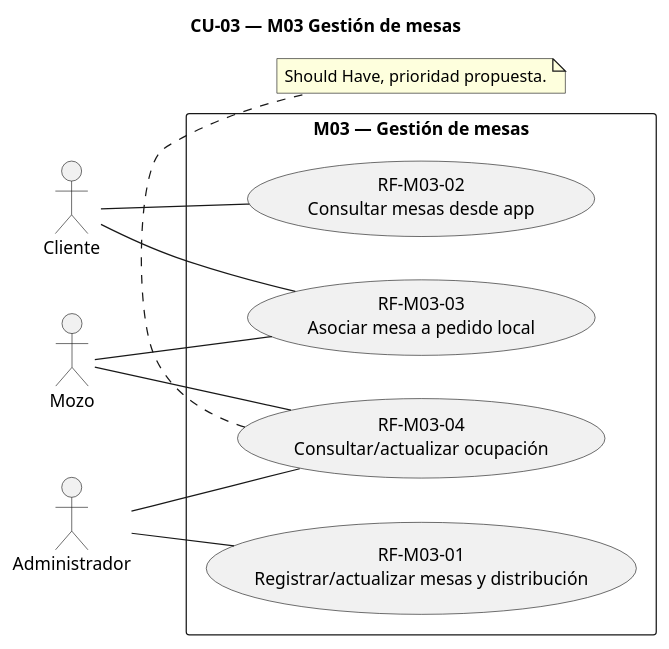
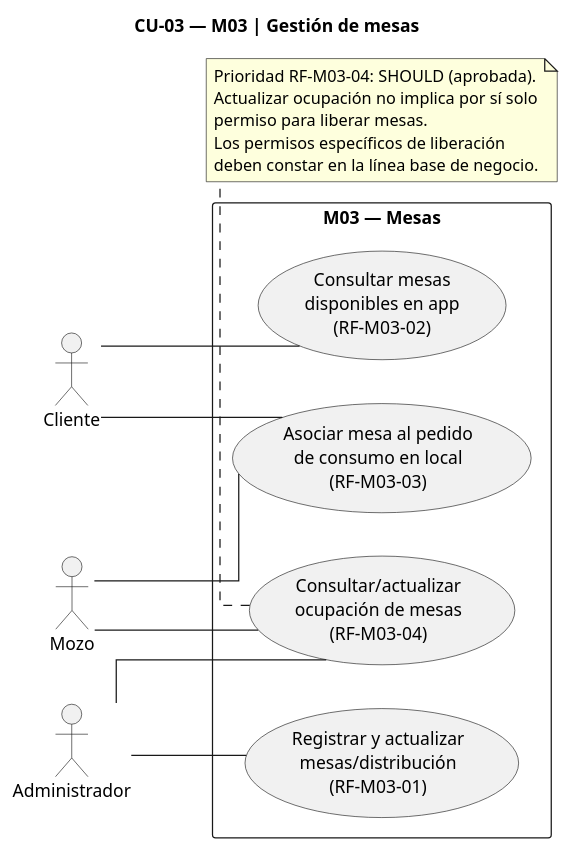
The diagram in docs/etapas/diagramas/etapa-04/etapa-04-cu-m03.puml (HeizenGP/restaurant-app-frontend-v2), drawn with PlantUML before and after one commit.

Commit message:
docs(etapa-04): synchronize improved use case m03

```diff
--- a/docs/etapas/diagramas/etapa-04/etapa-04-cu-m03.puml
+++ b/docs/etapas/diagramas/etapa-04/etapa-04-cu-m03.puml
@@ -1,23 +1,28 @@
 @startuml
+title CU-03 — M03 | Gestión de mesas
 left to right direction
-title CU-03 — M03 Gestión de mesas
 skinparam shadowing false
+skinparam linetype ortho
 actor "Cliente" as C
 actor "Mozo" as M
 actor "Administrador" as A
-rectangle "M03 — Gestión de mesas" {
-  usecase "RF-M03-01\nRegistrar/actualizar mesas y distribución" as U1
-  usecase "RF-M03-02\nConsultar mesas desde app" as U2
-  usecase "RF-M03-03\nAsociar mesa a pedido local" as U3
-  usecase "RF-M03-04\nConsultar/actualizar ocupación" as U4
+rectangle "M03 — Mesas" {
+  usecase "Registrar y actualizar\nmesas/distribución\n(RF-M03-01)" as U1
+  usecase "Consultar mesas\ndisponibles en app\n(RF-M03-02)" as U2
+  usecase "Asociar mesa al pedido\nde consumo en local\n(RF-M03-03)" as U3
+  usecase "Consultar/actualizar\nocupación de mesas\n(RF-M03-04)" as U4
 }
 A -- U1
 C -- U2
 C -- U3
 M -- U3
 M -- U4
 A -- U4
 note bottom of U4
-  Should Have, prioridad propuesta.
+  Prioridad RF-M03-04: SHOULD (aprobada).
+  Actualizar ocupación no implica por sí solo
+  permiso para liberar mesas.
+  Los permisos específicos de liberación
+  deben constar en la línea base de negocio.
 end note
 @enduml
```
